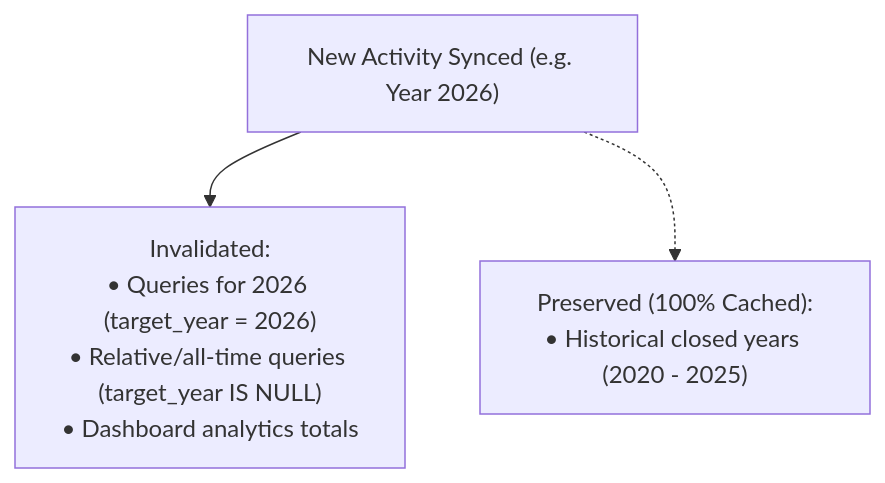
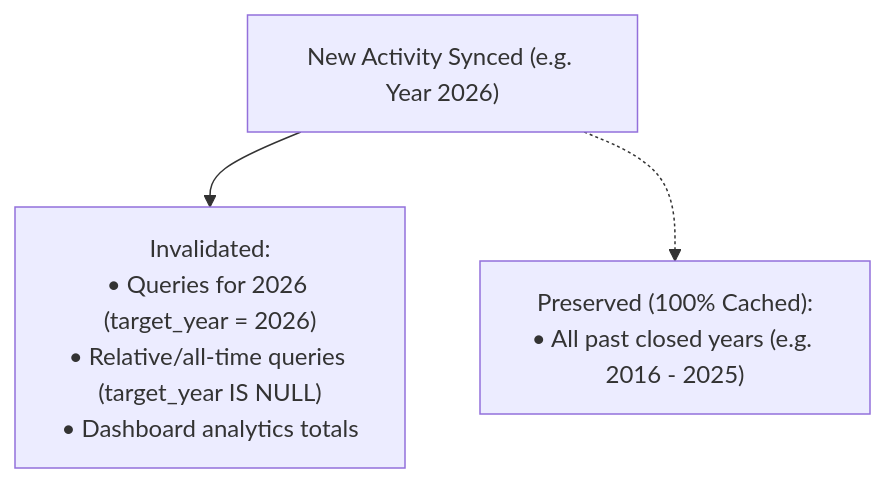
The fourth of 4 diagrams in readme.md (pugmarx/strava-insights-rag), drawn with Mermaid before and after one commit.

Commit message:
docs: clarify historical range covers all prior years (e.g. 2016-2025)

````diff
--- a/readme.md
+++ b/readme.md
@@ -110,8 +110,8 @@
 ```mermaid
 %%{init: {'flowchart': {'curve': 'basis'}}}%%
 flowchart TD
     NewAct["New Activity Synced (e.g. Year 2026)"]
     
     NewAct --> Clear["Invalidated:<br/>• Queries for 2026 (target_year = 2026)<br/>• Relative/all-time queries (target_year IS NULL)<br/>• Dashboard analytics totals"]
-    NewAct -.-> Keep["Preserved (100% Cached):<br/>• Historical closed years (2020 - 2025)"]
+    NewAct -.-> Keep["Preserved (100% Cached):<br/>• All past closed years (e.g. 2016 - 2025)"]
 ```
````
